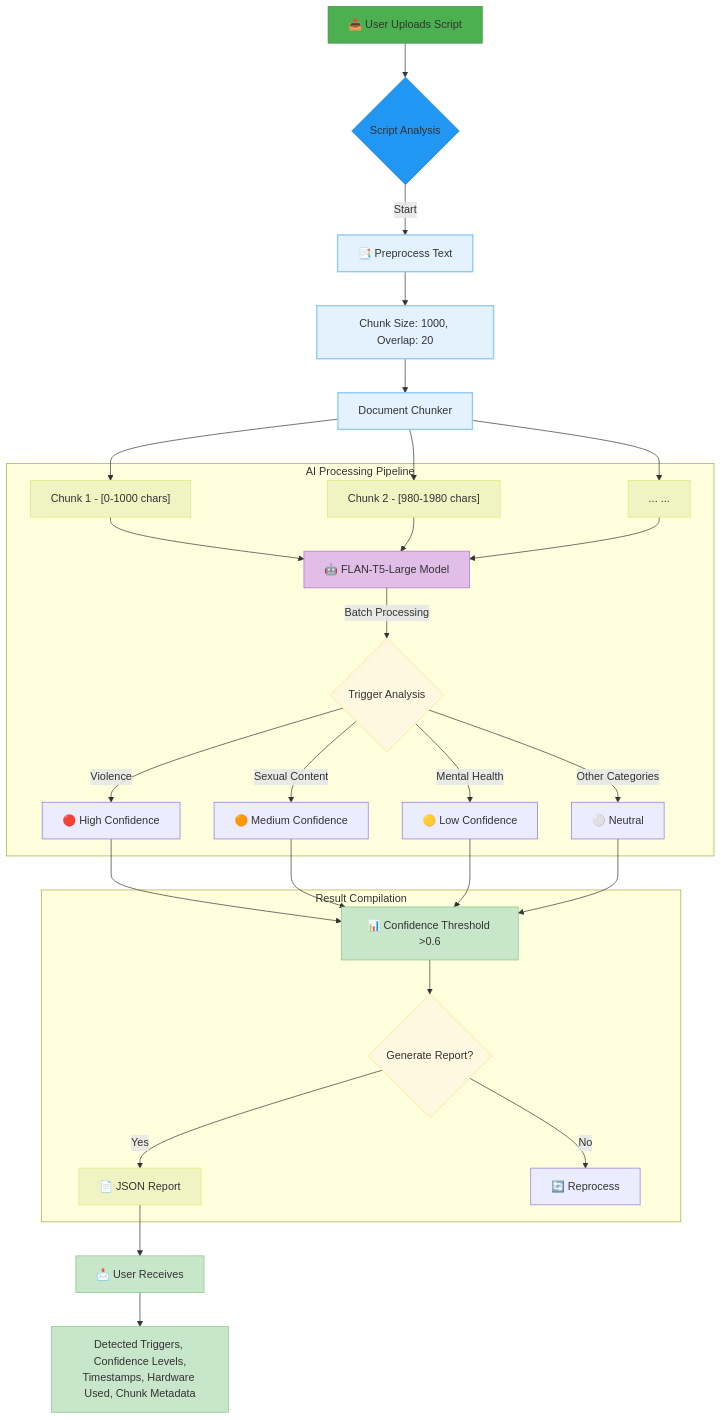
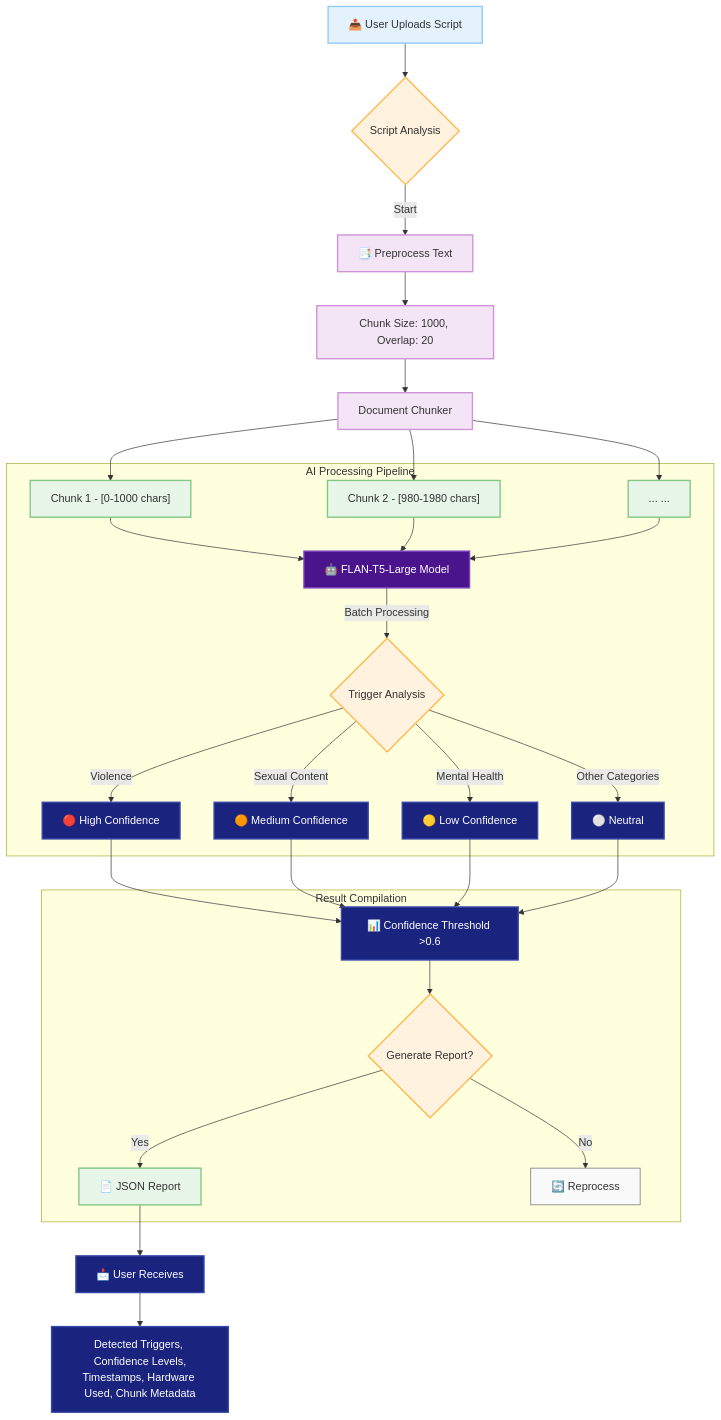
One commit to Kuberwastaken/TREAT-Classic changed the diagram in README.md. Above: the diagram before and after it, drawn with Mermaid.

Commit message:
Increased Readability

````diff
--- a/README.md
+++ b/README.md
@@ -83,60 +83,50 @@
 ```mermaid
 graph TD
     A["📤 User Uploads Script"] --> B{"Script Analysis"}
     B -->|Start| C["📑 Preprocess Text"]
     C --> D["Chunk Size: 1000, Overlap: 20"]
     D --> E["Document Chunker"]
     E --> F["Chunk 1 - [0-1000 chars]"]
     E --> G["Chunk 2 - [980-1980 chars]"]
     E --> H["... ..."]
 
     subgraph "AI Processing Pipeline"
         F --> I["🤖 FLAN-T5-Large Model"]
         G --> I
         H --> I
         I -->|Batch Processing| J{"Trigger Analysis"}
         J -->|Violence| K["🔴 High Confidence"]
         J -->|Sexual Content| L["🟠 Medium Confidence"]
         J -->|Mental Health| M["🟡 Low Confidence"]
         J -->|Other Categories| N["⚪ Neutral"]
     end
 
     subgraph "Result Compilation"
         K --> O["📊 Confidence Threshold >0.6"]
         L --> O
         M --> O
         N --> O
         O --> P{"Generate Report?"}
         P -->|Yes| Q["📄 JSON Report"]
         P -->|No| R["🔄 Reprocess"]
     end
 
     Q --> S["📩 User Receives"]
     S --> T["Detected Triggers, Confidence Levels,<br/>Timestamps, Hardware Used, Chunk Metadata"]
 
-    classDef green fill:#4CAF50,stroke:#388E3C
-    classDef blue fill:#2196F3,stroke:#1976D2
-    classDef grey fill:#607D8B,stroke:#455A64
-    classDef purple fill:#9C27B0,stroke:#7B1FA2
-    classDef orange fill:#FF9800,stroke:#F57C00
-    classDef teal fill:#009688,stroke:#00796B
-    classDef brown fill:#795548,stroke:#5D4037
-    classDef process fill:#E3F2FD,stroke:#90CAF9,stroke-width:2px
-    classDef decision fill:#FFF8E1,stroke:#FFE082
-    classDef data fill:#F0F4C3,stroke:#DCE775
-    classDef model fill:#E1BEE7,stroke:#BA68C8
-    classDef result fill:#C8E6C9,stroke:#81C784
+    classDef default fill:#f9f9f9,stroke:#666,stroke-width:1px,color:#333
+    classDef upload fill:#e3f2fd,stroke:#90caf9,stroke-width:2px,color:#333
+    classDef process fill:#f3e5f5,stroke:#ce93d8,stroke-width:2px,color:#333
+    classDef decision fill:#fff3e0,stroke:#ffb74d,stroke-width:2px,color:#333
+    classDef data fill:#e8f5e9,stroke:#81c784,stroke-width:2px,color:#333
+    classDef model fill:#4a148c,stroke:#7c43bd,stroke-width:2px,color:#fff
+    classDef result fill:#1a237e,stroke:#3949ab,stroke-width:2px,color:#fff
 
-    class A green
-    class B blue
-    class E grey
-    class I purple
-    class O orange
-    class Q teal
-    class T brown
-    class C,E,D process
-    class J,P decision
+    class A upload
+    class B,P decision
+    class C,D,E process
     class F,G,H,Q data
     class I model
-    class O,S,T result
+    class J decision
+    class K,L,M,N,O,S,T result
 ```
````
